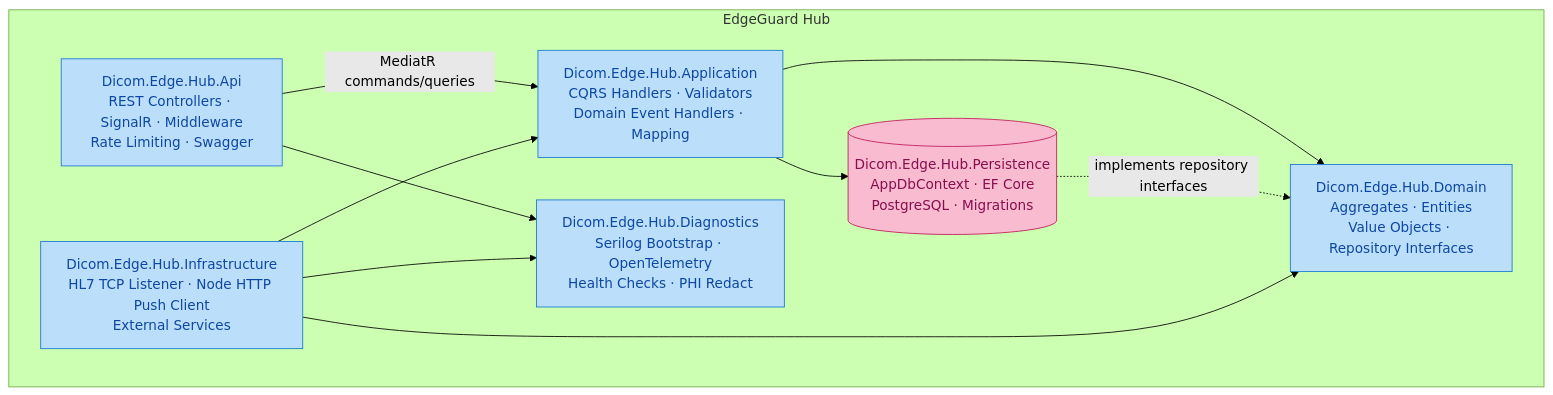
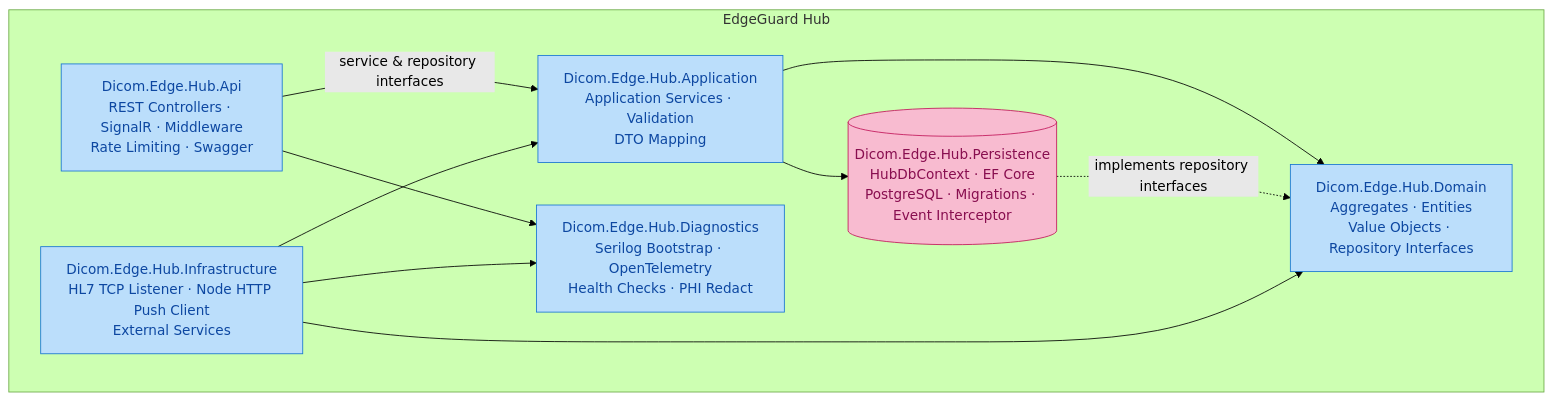
Before and after one commit to UrielAvilaC/EdgeGuard.Platform: the first of 4 diagrams in EdgeGuard.Platform/docs/03-architecture/hub-overview.md, drawn with Mermaid (forest theme). The commit also changed other lines of this file and 63 other files, not shown here.

````diff
--- a/EdgeGuard.Platform/docs/03-architecture/hub-overview.md
+++ b/EdgeGuard.Platform/docs/03-architecture/hub-overview.md
@@ -11,25 +11,25 @@
 ```mermaid
 flowchart TB
     subgraph Hub["EdgeGuard Hub"]
         API["Dicom.Edge.Hub.Api<br/>REST Controllers · SignalR · Middleware<br/>Rate Limiting · Swagger"]
-        APP["Dicom.Edge.Hub.Application<br/>CQRS Handlers · Validators<br/>Domain Event Handlers · Mapping"]
+        APP["Dicom.Edge.Hub.Application<br/>Application Services · Validation<br/>DTO Mapping"]
         DOM["Dicom.Edge.Hub.Domain<br/>Aggregates · Entities<br/>Value Objects · Repository Interfaces"]
-        PERS[("Dicom.Edge.Hub.Persistence<br/>AppDbContext · EF Core<br/>PostgreSQL · Migrations")]
+        PERS[("Dicom.Edge.Hub.Persistence<br/>HubDbContext · EF Core<br/>PostgreSQL · Migrations · Event Interceptor")]
         INFRA["Dicom.Edge.Hub.Infrastructure<br/>HL7 TCP Listener · Node HTTP Push Client<br/>External Services"]
         DIAG["Dicom.Edge.Hub.Diagnostics<br/>Serilog Bootstrap · OpenTelemetry<br/>Health Checks · PHI Redact"]
     end
 
-    API -- "MediatR commands/queries" --> APP
+    API -- "service & repository interfaces" --> APP
     APP --> DOM
     APP --> PERS
     PERS -. "implements repository interfaces" .-> DOM
     INFRA --> APP
     INFRA --> DOM
     API --> DIAG
     INFRA --> DIAG
 
     classDef hub fill:#bbdefb,stroke:#1976d2,color:#0d47a1
     classDef db fill:#f8bbd0,stroke:#c2185b,color:#880e4f
     class API,APP,DOM,INFRA,DIAG hub
     class PERS db
 ```
````
